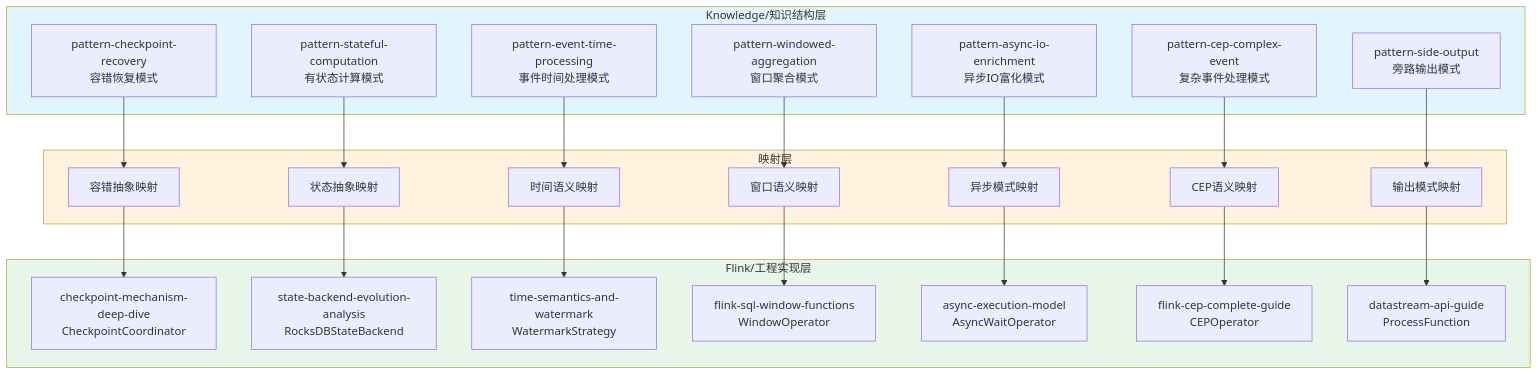
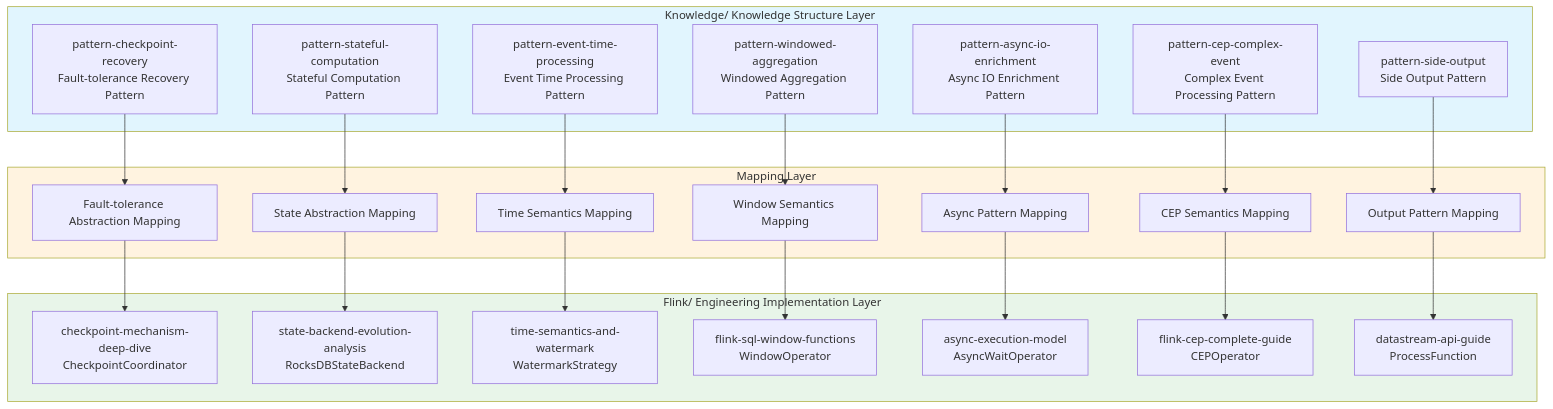
The first of 3 diagrams in i18n/en/Knowledge/Knowledge-to-Flink-Mapping.md (AdaMartin18010/AnalysisDataFlow), drawn with Mermaid before and after one commit. The commit also changed other lines of this file and 96 other files, not shown here.

````diff
--- a/i18n/en/Knowledge/Knowledge-to-Flink-Mapping.md
+++ b/i18n/en/Knowledge/Knowledge-to-Flink-Mapping.md
@@ -161,44 +352,44 @@
 ```mermaid
 graph TB
-    subgraph Knowledge_Layer["Knowledge/知识结构层"]
-        KP1[pattern-checkpoint-recovery<br/>容错恢复模式]
-        KP2[pattern-stateful-computation<br/>有状态计算模式]
-        KP3[pattern-event-time-processing<br/>事件时间处理模式]
-        KP4[pattern-windowed-aggregation<br/>窗口聚合模式]
-        KP5[pattern-async-io-enrichment<br/>异步IO富化模式]
-        KP6[pattern-cep-complex-event<br/>复杂事件处理模式]
-        KP7[pattern-side-output<br/>旁路输出模式]
+    subgraph Knowledge_Layer["Knowledge/ Knowledge Structure Layer"]
+        KP1[pattern-checkpoint-recovery<br/>Fault-tolerance Recovery Pattern]
+        KP2[pattern-stateful-computation<br/>Stateful Computation Pattern]
+        KP3[pattern-event-time-processing<br/>Event Time Processing Pattern]
+        KP4[pattern-windowed-aggregation<br/>Windowed Aggregation Pattern]
+        KP5[pattern-async-io-enrichment<br/>Async IO Enrichment Pattern]
+        KP6[pattern-cep-complex-event<br/>Complex Event Processing Pattern]
+        KP7[pattern-side-output<br/>Side Output Pattern]
     end
 
-    subgraph Mapping_Layer["映射层"]
-        M1[容错抽象映射]
-        M2[状态抽象映射]
-        M3[时间语义映射]
-        M4[窗口语义映射]
-        M5[异步模式映射]
-        M6[CEP语义映射]
-        M7[输出模式映射]
+    subgraph Mapping_Layer["Mapping Layer"]
+        M1[Fault-tolerance Abstraction Mapping]
+        M2[State Abstraction Mapping]
+        M3[Time Semantics Mapping]
+        M4[Window Semantics Mapping]
+        M5[Async Pattern Mapping]
+        M6[CEP Semantics Mapping]
+        M7[Output Pattern Mapping]
     end
 
-    subgraph Flink_Layer["Flink/工程实现层"]
+    subgraph Flink_Layer["Flink/ Engineering Implementation Layer"]
         FI1[checkpoint-mechanism-deep-dive<br/>CheckpointCoordinator]
         FI2[state-backend-evolution-analysis<br/>RocksDBStateBackend]
         FI3[time-semantics-and-watermark<br/>WatermarkStrategy]
         FI4[flink-sql-window-functions<br/>WindowOperator]
         FI5[async-execution-model<br/>AsyncWaitOperator]
         FI6[flink-cep-complete-guide<br/>CEPOperator]
         FI7[datastream-api-guide<br/>ProcessFunction]
     end
 
     KP1 --> M1 --> FI1
     KP2 --> M2 --> FI2
     KP3 --> M3 --> FI3
     KP4 --> M4 --> FI4
     KP5 --> M5 --> FI5
     KP6 --> M6 --> FI6
     KP7 --> M7 --> FI7
 
     style Knowledge_Layer fill:#e1f5fe
     style Mapping_Layer fill:#fff3e0
     style Flink_Layer fill:#e8f5e9
 ```
````
